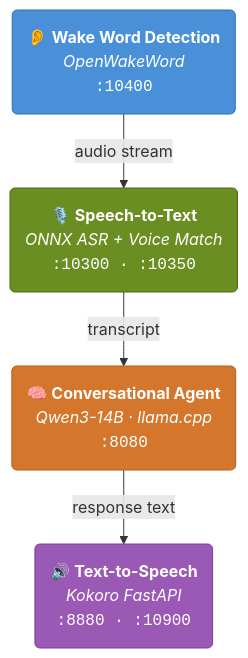
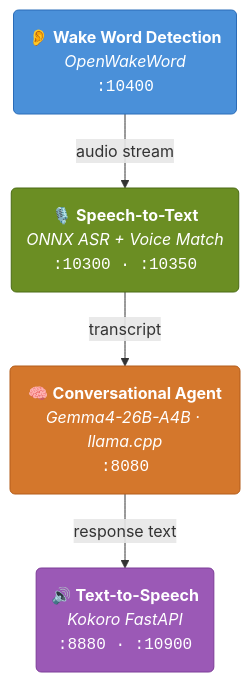
Before and after one commit to jxlarrea/homeassistant-voice-recipes: the diagram in README.md, drawn with Mermaid. The commit also changed other lines of this file and 9 other files, not shown here.

Commit message:
Replace Qwen3 with Gemma4

````diff
--- a/README.md
+++ b/README.md
@@ -12,14 +12,14 @@
 ```mermaid
 graph TD
     A("👂 <b>Wake Word Detection</b><br><i>OpenWakeWord</i><br><code>:10400</code>")
     B("🎙️ <b>Speech-to-Text</b><br><i>ONNX ASR + Voice Match</i><br><code>:10300 · :10350</code>")
-    C("🧠 <b>Conversational Agent</b><br><i>Qwen3-14B · llama.cpp</i><br><code>:8080</code>")
+    C("🧠 <b>Conversational Agent</b><br><i>Gemma4-26B-A4B · llama.cpp</i><br><code>:8080</code>")
     D("🔊 <b>Text-to-Speech</b><br><i>Kokoro FastAPI</i><br><code>:8880 · :10900</code>")
 
     A -- "audio stream" --> B -- "transcript" --> C -- "response text" --> D
 
     style A fill:#4a90d9,stroke:#2a6cb8,color:#fff
     style B fill:#6b8e23,stroke:#4a6b14,color:#fff
     style C fill:#d4772c,stroke:#b35d1a,color:#fff
     style D fill:#9b59b6,stroke:#7d3c98,color:#fff
 ```
````
